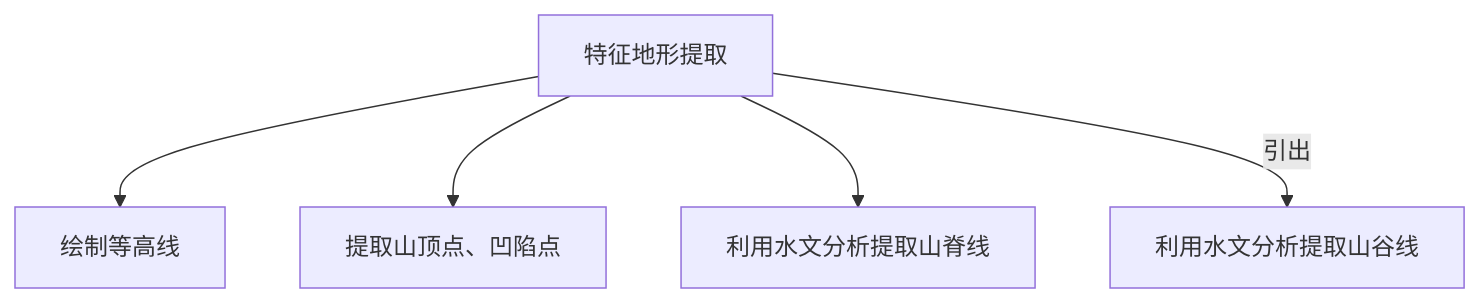
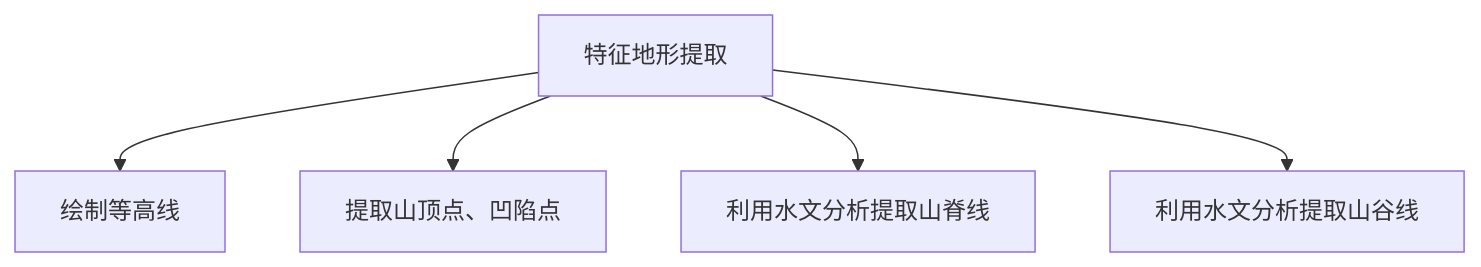
Before and after one commit to newguser/iodraw-files: the diagram in all/未命名-2.md, drawn with Mermaid.

Commit message:
2025-02-28 08:53:31 update

````diff
--- a/all/未命名-2.md
+++ b/all/未命名-2.md
@@ -1,7 +1,8 @@
 ```mermaid
 graph TD
     A[特征地形提取] --> B[绘制等高线]
    A --> C[提取山顶点、凹陷点]
     A --> D[利用水文分析提取山脊线]
-    A -->|引出| E[利用水文分析提取山谷线]
+    A --> E[利用水文分析提取山谷线]
+    
 ```
````
